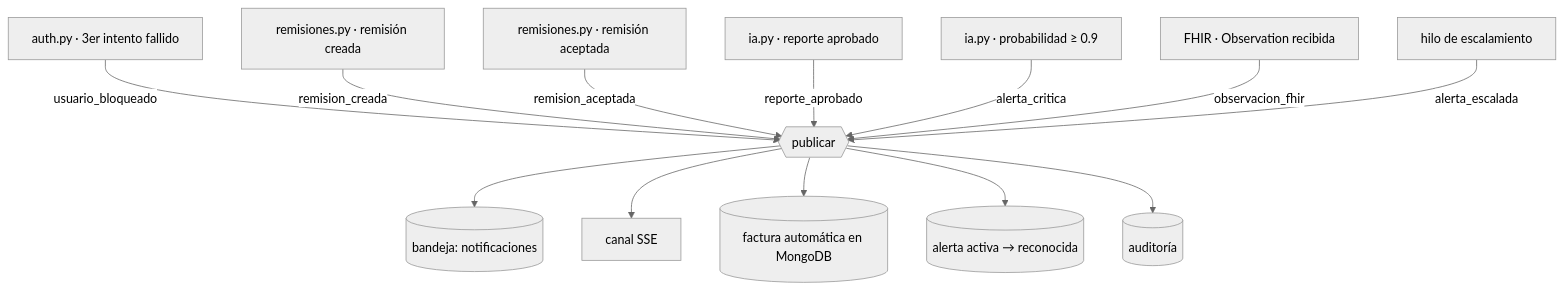
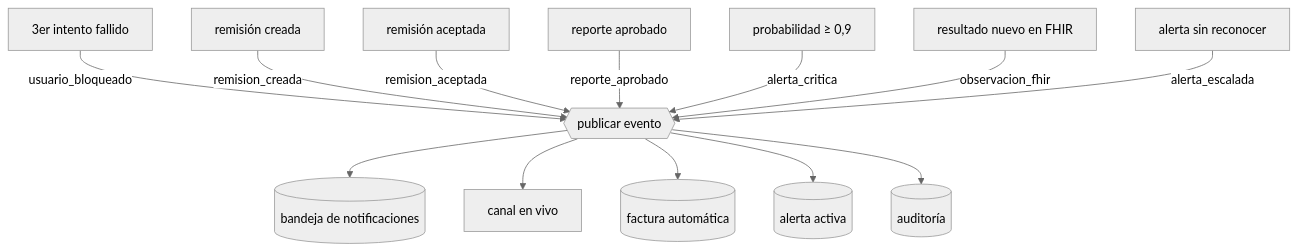
One commit to Laura25a/TrazaRedHUV changed the second of 2 diagrams in README.md. Above: the diagram before and after it, drawn with Mermaid (neutral theme). The commit also changed other lines of this file, not shown here.

````diff
--- a/README.md
+++ b/README.md
@@ -170,15 +191,15 @@
 ```mermaid
 flowchart TD
-    A[auth.py · 3er intento fallido] -->|usuario_bloqueado| P{{publicar}}
-    R1[remisiones.py · remisión creada] -->|remision_creada| P
-    R2[remisiones.py · remisión aceptada] -->|remision_aceptada| P
-    I1[ia.py · reporte aprobado] -->|reporte_aprobado| P
-    I2[ia.py · probabilidad ≥ 0.9] -->|alerta_critica| P
-    F[FHIR · Observation recibida] -->|observacion_fhir| P
-    T[hilo de escalamiento] -->|alerta_escalada| P
-    P --> B[(bandeja: notificaciones)]
-    P --> S[canal SSE]
-    P --> FA[(factura automática en MongoDB)]
-    P --> AL[(alerta activa → reconocida)]
+    A[3er intento fallido] -->|usuario_bloqueado| P{{publicar evento}}
+    R1[remisión creada] -->|remision_creada| P
+    R2[remisión aceptada] -->|remision_aceptada| P
+    I1[reporte aprobado] -->|reporte_aprobado| P
+    I2[probabilidad ≥ 0,9] -->|alerta_critica| P
+    F[resultado nuevo en FHIR] -->|observacion_fhir| P
+    T[alerta sin reconocer] -->|alerta_escalada| P
+    P --> B[(bandeja de notificaciones)]
+    P --> S[canal en vivo]
+    P --> FA[(factura automática)]
+    P --> AL[(alerta activa)]
     P --> AU[(auditoría)]
 ```
````
